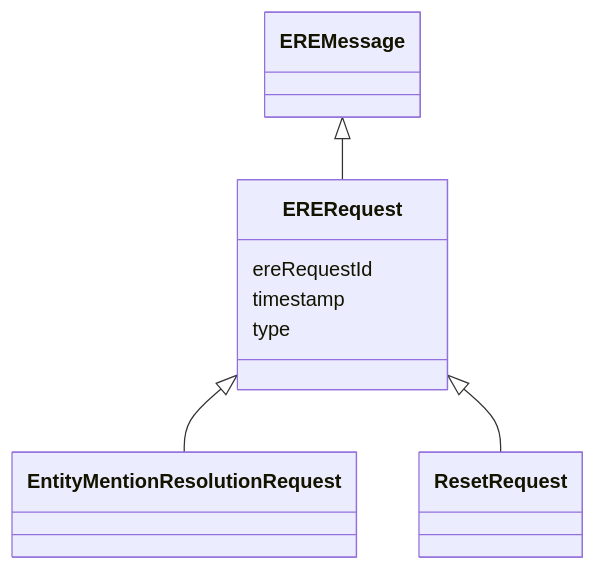
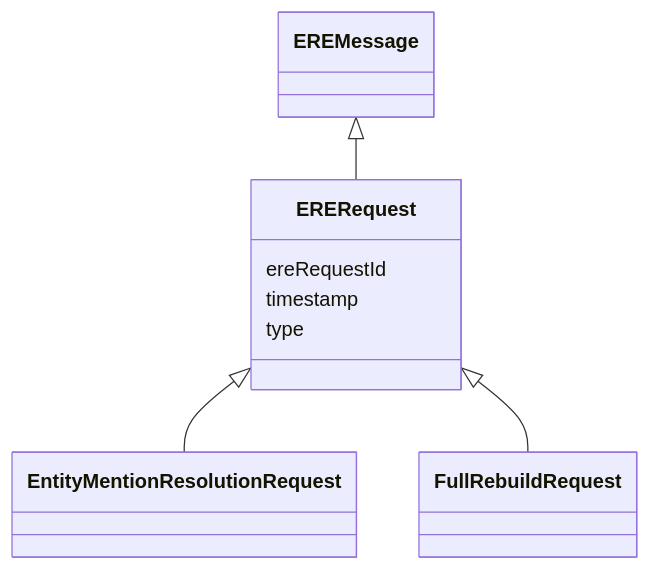
Before and after one commit to OP-TED/entity-resolution-spec: the diagram in docs/schema/ERERequest.md, drawn with Mermaid. The commit also changed other lines of this file and 20 other files, not shown here.

````diff
--- a/docs/schema/ERERequest.md
+++ b/docs/schema/ERERequest.md
@@ -22,22 +22,22 @@
 ```mermaid
  classDiagram
     class ERERequest
     click ERERequest href "../ERERequest/"
       EREMessage <|-- ERERequest
         click EREMessage href "../EREMessage/"
       
 
       ERERequest <|-- EntityMentionResolutionRequest
         click EntityMentionResolutionRequest href "../EntityMentionResolutionRequest/"
-      ERERequest <|-- ResetRequest
-        click ResetRequest href "../ResetRequest/"
+      ERERequest <|-- FullRebuildRequest
+        click FullRebuildRequest href "../FullRebuildRequest/"
       
 
       ERERequest : ereRequestId
         
       ERERequest : timestamp
         
       ERERequest : type
         
       
 ```
````
